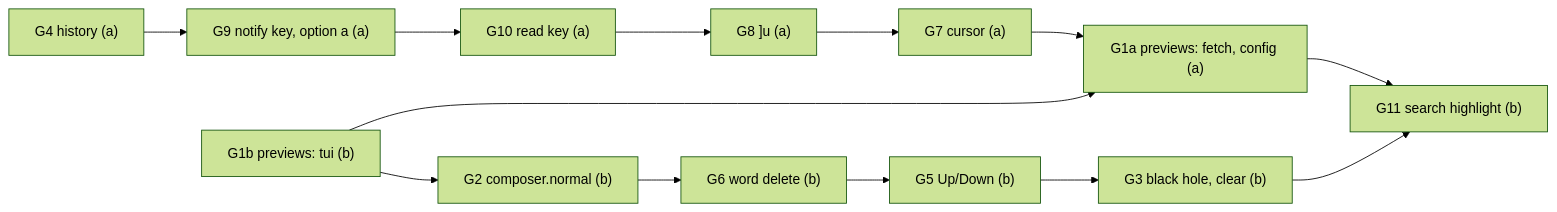
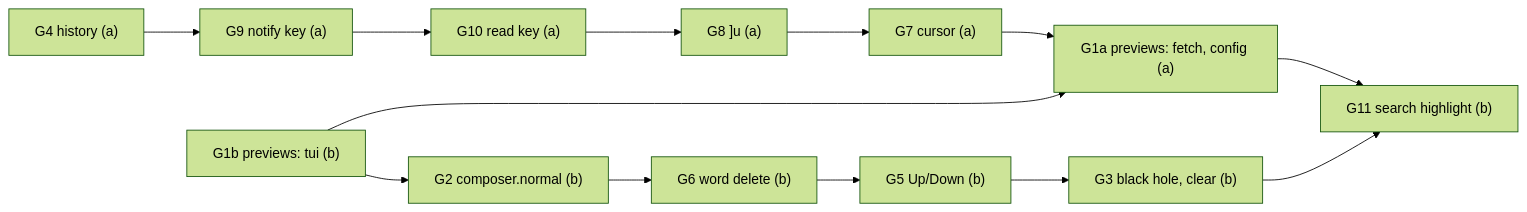
One commit to kisepichu/mxt changed the diagram in docs/superpowers/plans/2026-11-22-owner-work-g.md. Above: the diagram before and after it, drawn with Mermaid (forest theme). The commit also changed other lines of this file and 1 other file, not shown here.

First line of the commit message:
Design and plan G: G9 is the notify sort key

````diff
--- a/docs/superpowers/plans/2026-11-22-owner-work-g.md
+++ b/docs/superpowers/plans/2026-11-22-owner-work-g.md
@@ -103,7 +102,7 @@
 ```mermaid
 flowchart LR
-  G4["G4 history (a)"] --> G9["G9 notify key, option a (a)"] --> G10["G10 read key (a)"] --> G8["G8 ]u (a)"] --> G7["G7 cursor (a)"] --> G1a["G1a previews: fetch, config (a)"]
+  G4["G4 history (a)"] --> G9["G9 notify key (a)"] --> G10["G10 read key (a)"] --> G8["G8 ]u (a)"] --> G7["G7 cursor (a)"] --> G1a["G1a previews: fetch, config (a)"]
   G1b["G1b previews: tui (b)"] --> G2["G2 composer.normal (b)"] --> G6["G6 word delete (b)"] --> G5["G5 Up/Down (b)"] --> G3["G3 black hole, clear (b)"] --> G11["G11 search highlight (b)"]
   G1b --> G1a
   G1a --> G11
 ```
````
